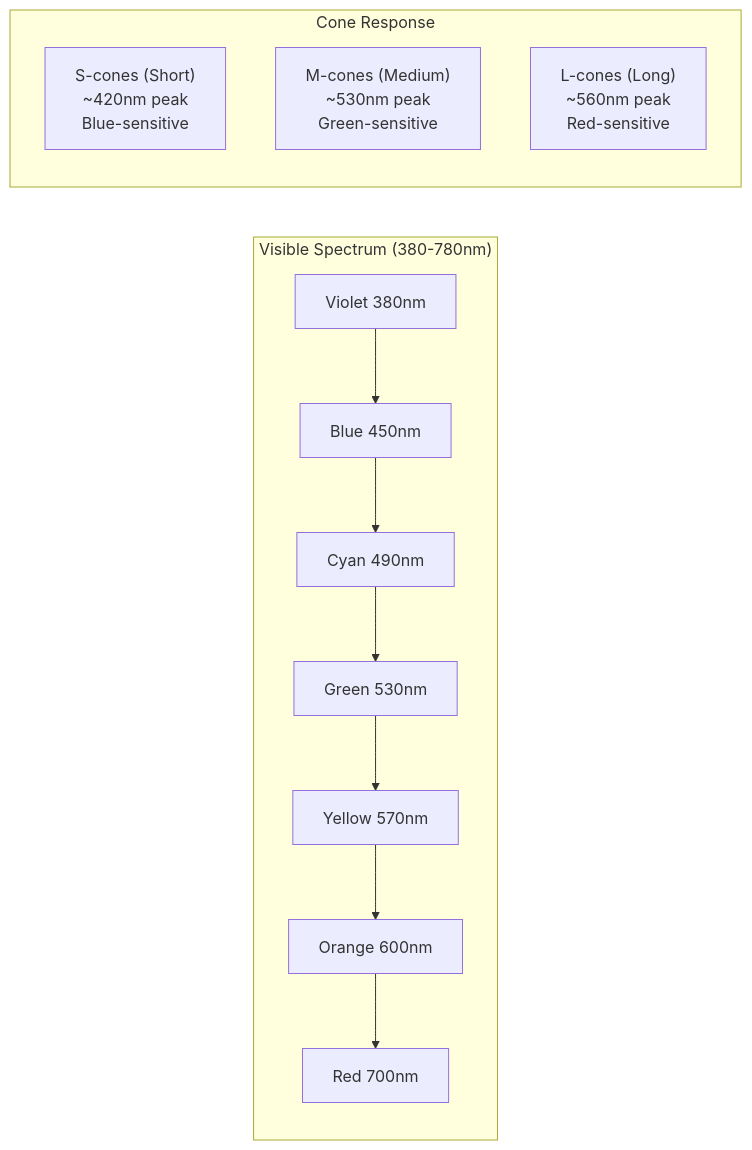
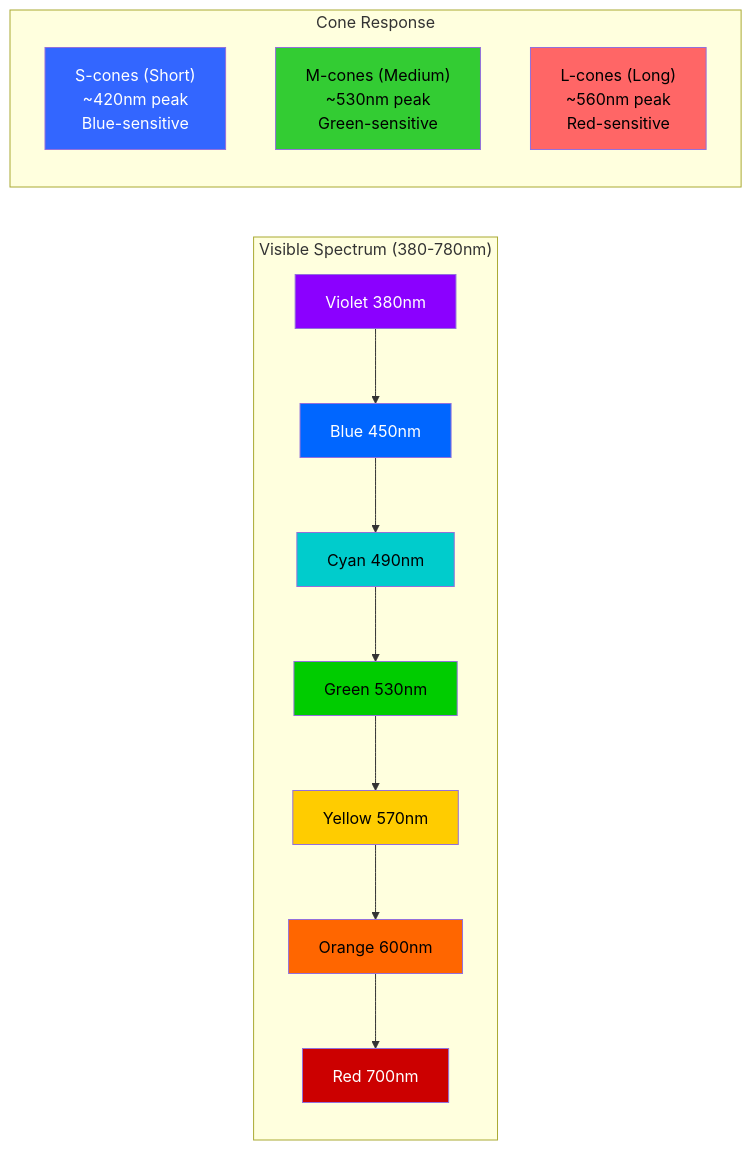
Before and after one commit to GlassOnTin/anduril: the first of 4 diagrams in docs/color-science.md, drawn with Mermaid. The commit also changed other lines of this file, not shown here.

First line of the commit message:
Add colors to Mermaid diagrams in color science documentation

````diff
--- a/docs/color-science.md
+++ b/docs/color-science.md
@@ -15,17 +15,28 @@
 ```mermaid
 graph LR
     subgraph "Visible Spectrum (380-780nm)"
         V[Violet 380nm] --> B[Blue 450nm]
         B --> C[Cyan 490nm]
         C --> G[Green 530nm]
         G --> Y[Yellow 570nm]
         Y --> O[Orange 600nm]
         O --> R[Red 700nm]
     end
 
     subgraph "Cone Response"
         S["S-cones (Short)\n~420nm peak\nBlue-sensitive"]
         M["M-cones (Medium)\n~530nm peak\nGreen-sensitive"]
         L["L-cones (Long)\n~560nm peak\nRed-sensitive"]
     end
+
+    style V fill:#8B00FF,color:#fff
+    style B fill:#0066FF,color:#fff
+    style C fill:#00CCCC,color:#000
+    style G fill:#00CC00,color:#000
+    style Y fill:#FFCC00,color:#000
+    style O fill:#FF6600,color:#000
+    style R fill:#CC0000,color:#fff
+    style S fill:#3366FF,color:#fff
+    style M fill:#33CC33,color:#000
+    style L fill:#FF6666,color:#000
 ```
````
